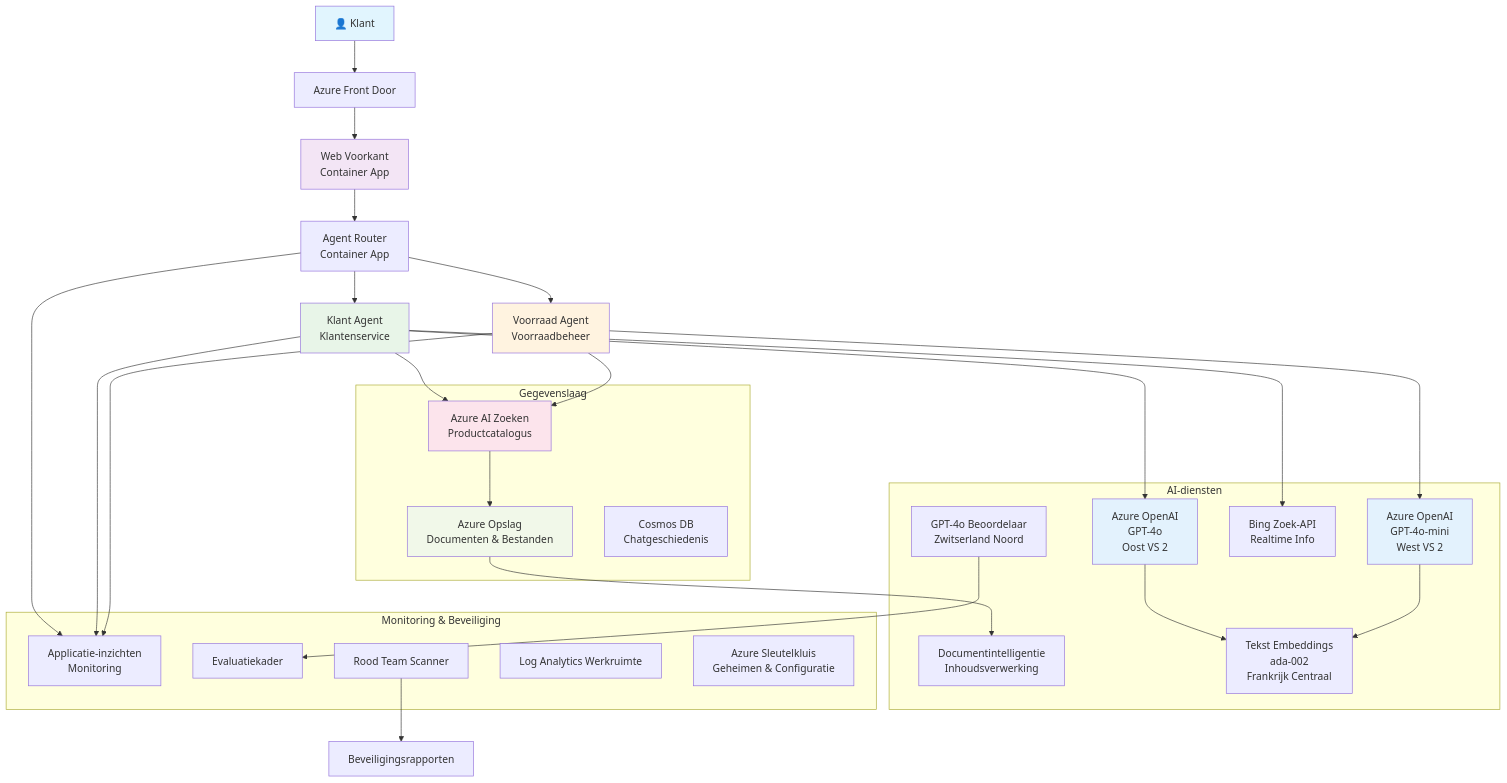
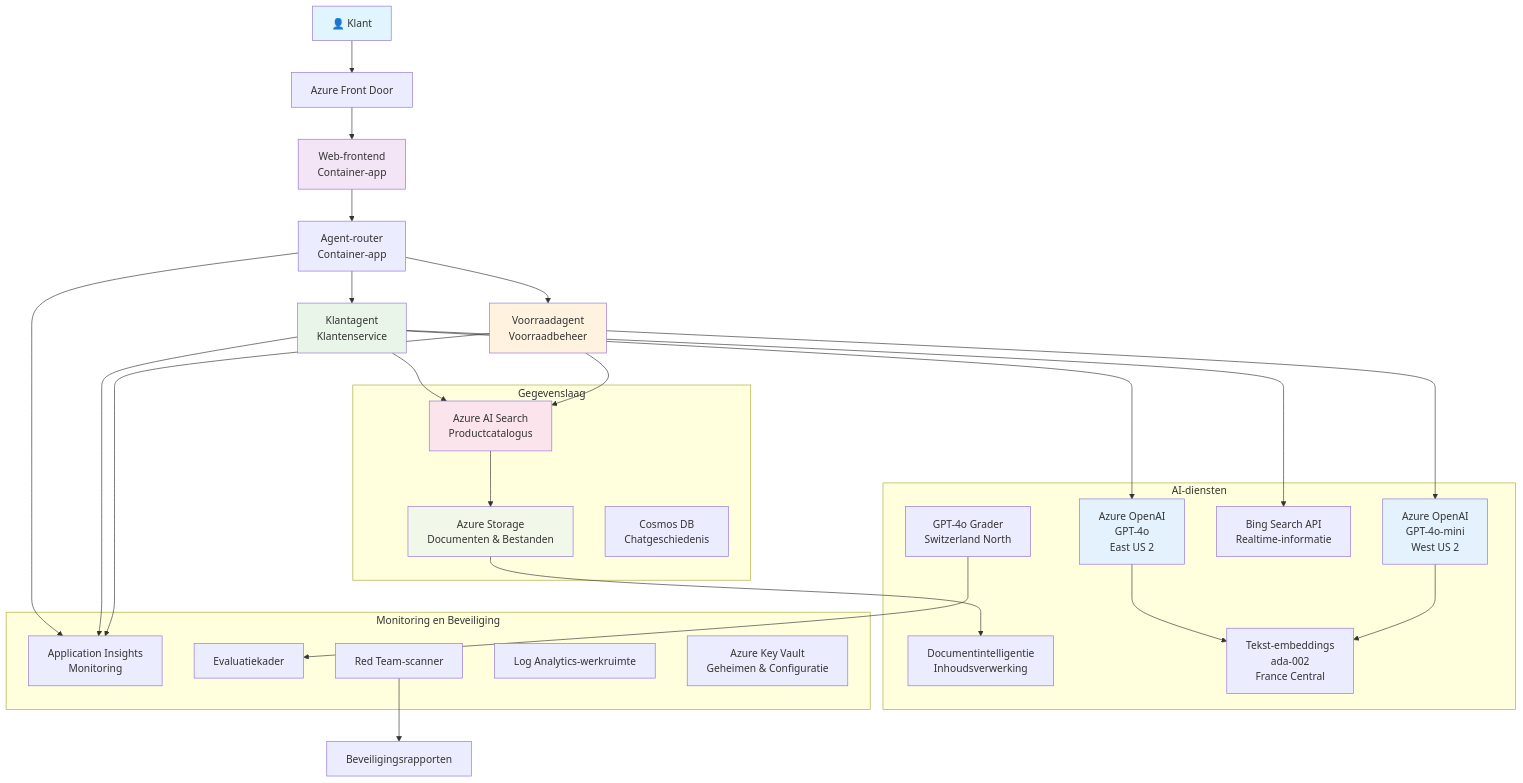
The diagram in translations/nl/examples/retail-scenario.md (microsoft/AZD-for-beginners), drawn with Mermaid before and after one commit. The commit also changed other lines of this file and 242 other files, not shown here.

````diff
--- a/translations/nl/examples/retail-scenario.md
+++ b/translations/nl/examples/retail-scenario.md
@@ -148,61 +139,61 @@
 ```mermaid
 graph TB
     User[👤 Klant] --> LB[Azure Front Door]
-    LB --> WebApp[Web Voorkant<br/>Container App]
+    LB --> WebApp[Web-frontend<br/>Container-app]
     
-    WebApp --> Router[Agent Router<br/>Container App]
-    Router --> CustomerAgent[Klant Agent<br/>Klantenservice]
-    Router --> InvAgent[Voorraad Agent<br/>Voorraadbeheer]
+    WebApp --> Router[Agent-router<br/>Container-app]
+    Router --> CustomerAgent[Klantagent<br/>Klantenservice]
+    Router --> InvAgent[Voorraadagent<br/>Voorraadbeheer]
     
-    CustomerAgent --> OpenAI1[Azure OpenAI<br/>GPT-4o<br/>Oost VS 2]
-    InvAgent --> OpenAI2[Azure OpenAI<br/>GPT-4o-mini<br/>West VS 2]
+    CustomerAgent --> OpenAI1[Azure OpenAI<br/>GPT-4o<br/>East US 2]
+    InvAgent --> OpenAI2[Azure OpenAI<br/>GPT-4o-mini<br/>West US 2]
     
-    CustomerAgent --> AISearch[Azure AI Zoeken<br/>Productcatalogus]
-    CustomerAgent --> BingSearch[Bing Zoek-API<br/>Realtime Info]
+    CustomerAgent --> AISearch[Azure AI Search<br/>Productcatalogus]
+    CustomerAgent --> BingSearch[Bing Search API<br/>Realtime-informatie]
     InvAgent --> AISearch
     
-    AISearch --> Storage[Azure Opslag<br/>Documenten & Bestanden]
+    AISearch --> Storage[Azure Storage<br/>Documenten & Bestanden]
     Storage --> DocIntel[Documentintelligentie<br/>Inhoudsverwerking]
     
-    OpenAI1 --> Embeddings[Tekst Embeddings<br/>ada-002<br/>Frankrijk Centraal]
+    OpenAI1 --> Embeddings[Tekst-embeddings<br/>ada-002<br/>France Central]
     OpenAI2 --> Embeddings
     
-    Router --> AppInsights[Applicatie-inzichten<br/>Monitoring]
+    Router --> AppInsights[Application Insights<br/>Monitoring]
     CustomerAgent --> AppInsights
     InvAgent --> AppInsights
     
-    GraderModel[GPT-4o Beoordelaar<br/>Zwitserland Noord] --> Evaluation[Evaluatiekader]
-    RedTeam[Rood Team Scanner] --> SecurityReports[Beveiligingsrapporten]
+    GraderModel[GPT-4o Grader<br/>Switzerland North] --> Evaluation[Evaluatiekader]
+    RedTeam[Red Team-scanner] --> SecurityReports[Beveiligingsrapporten]
     
     subgraph "Gegevenslaag"
         Storage
         AISearch
         CosmosDB[Cosmos DB<br/>Chatgeschiedenis]
     end
     
     subgraph "AI-diensten"
         OpenAI1
         OpenAI2
         Embeddings
         GraderModel
         DocIntel
         BingSearch
     end
     
-    subgraph "Monitoring & Beveiliging"
+    subgraph "Monitoring en Beveiliging"
         AppInsights
-        LogAnalytics[Log Analytics Werkruimte]
-        KeyVault[Azure Sleutelkluis<br/>Geheimen & Configuratie]
+        LogAnalytics[Log Analytics-werkruimte]
+        KeyVault[Azure Key Vault<br/>Geheimen & Configuratie]
         RedTeam
         Evaluation
     end
     
     style User fill:#e1f5fe
     style WebApp fill:#f3e5f5
     style CustomerAgent fill:#e8f5e8
     style InvAgent fill:#fff3e0
     style OpenAI1 fill:#e3f2fd
     style OpenAI2 fill:#e3f2fd
     style AISearch fill:#fce4ec
     style Storage fill:#f1f8e9
 ```
````
